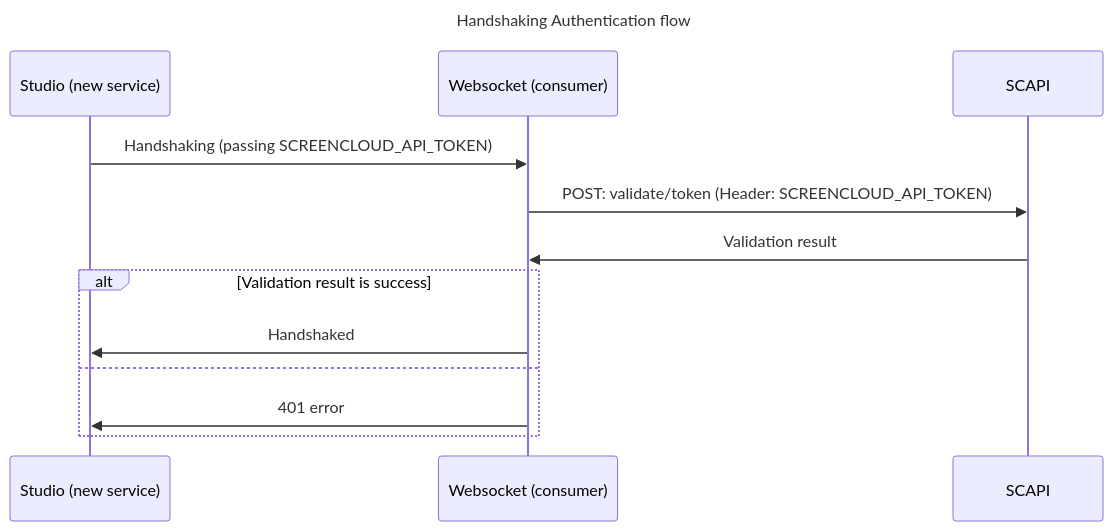
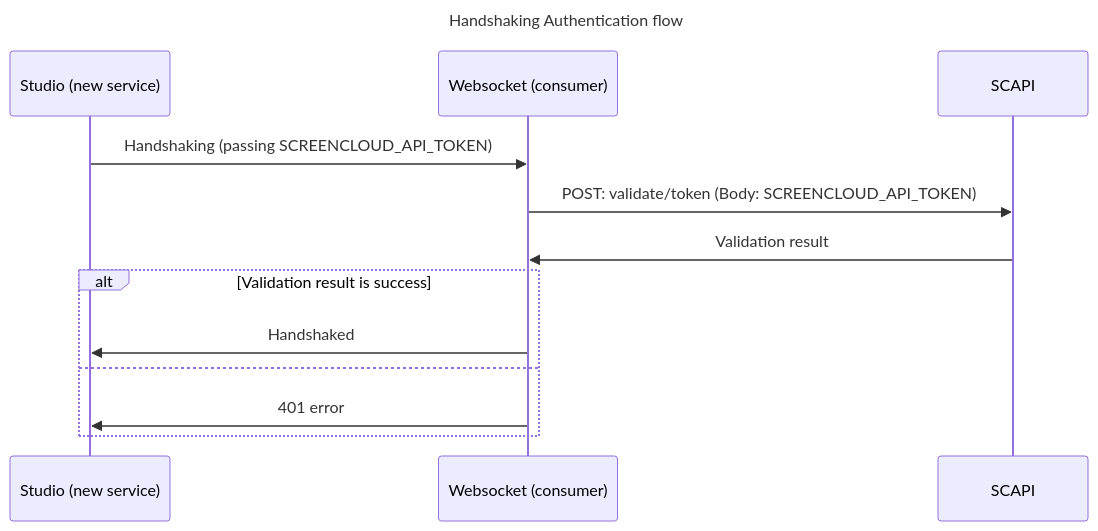
The diagram in handshaking-flow.md (gutakk/redis-stream-test), drawn with Mermaid before and after one commit.

Commit message:
update flow

````diff
--- a/handshaking-flow.md
+++ b/handshaking-flow.md
@@ -1,17 +1,17 @@
 ```mermaid
 sequenceDiagram
   title: Handshaking Authentication flow
 
   participant S as Studio (new service)
   participant W as Websocket (consumer)
   Participant SC as SCAPI
 
   S->>W: Handshaking (passing SCREENCLOUD_API_TOKEN)
-  W->>SC: POST: validate/token (Header: SCREENCLOUD_API_TOKEN)
+  W->>SC: POST: validate/token (Body: SCREENCLOUD_API_TOKEN)
   SC->>W: Validation result
   alt Validation result is success
     W->>S: Handshaked
   else
     W->>S: 401 error
   end
 ```
````
